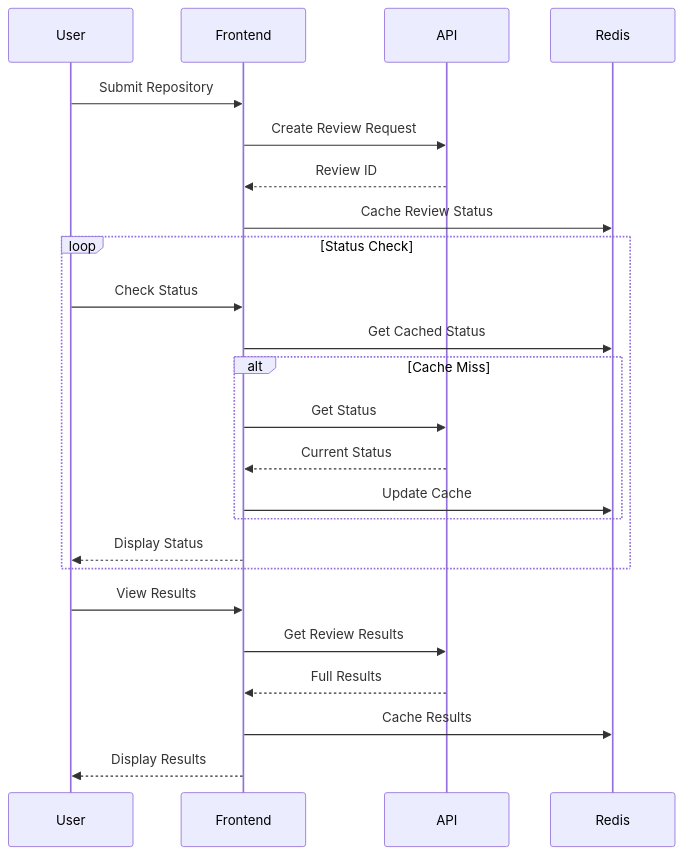
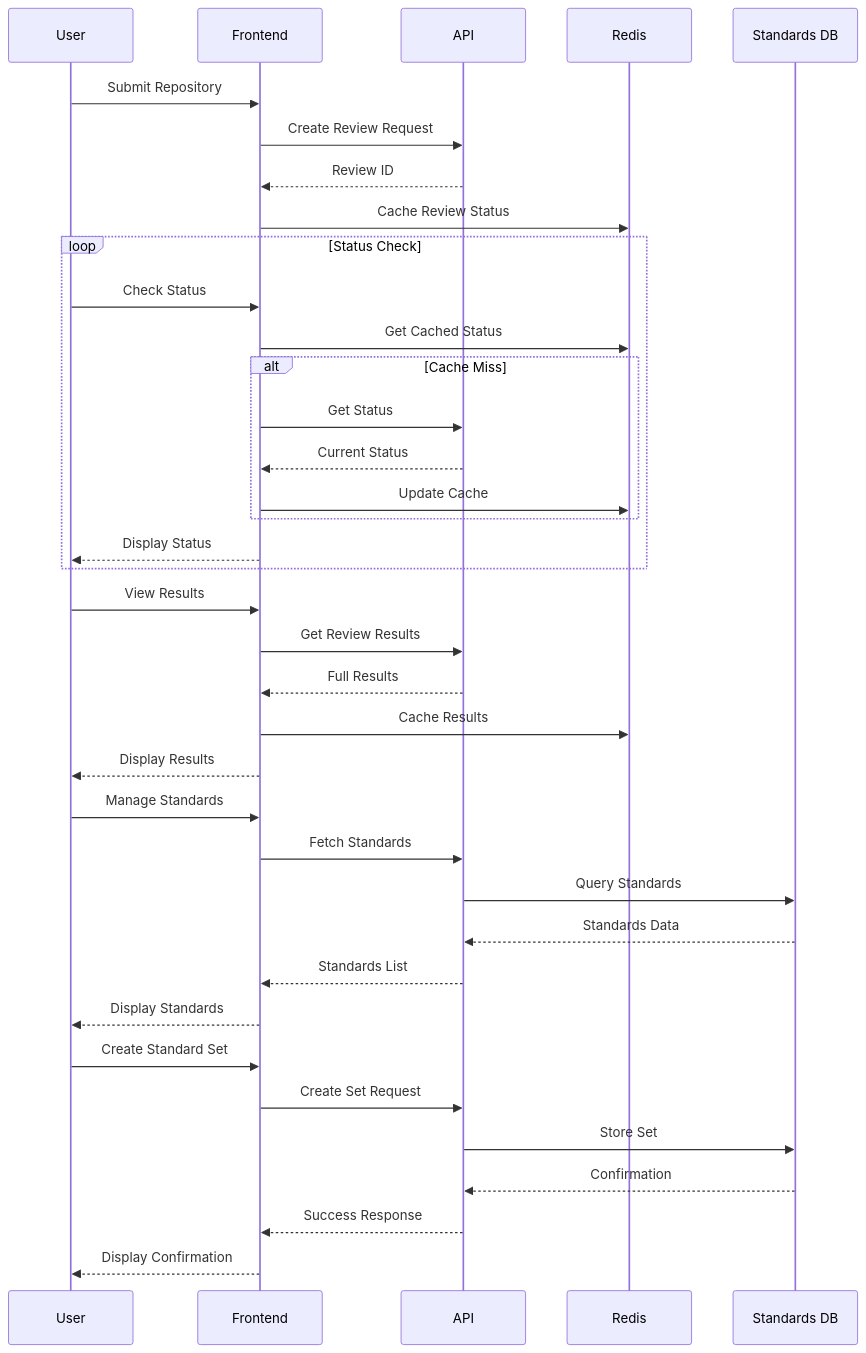
The second of 5 diagrams in ARCHITECTURE.md (DEFRA/defra-ai-codereview-frontend), drawn with Mermaid before and after one commit. The commit also changed other lines of this file and 12 other files, not shown here.

````diff
--- a/ARCHITECTURE.md
+++ b/ARCHITECTURE.md
@@ -29,29 +31,46 @@
 ```mermaid
 sequenceDiagram
     participant U as User
     participant F as Frontend
     participant A as API
     participant R as Redis
+    participant S as Standards DB
 
+    %% Code Review Flow
     U->>F: Submit Repository
     F->>A: Create Review Request
     A-->>F: Review ID
     F->>R: Cache Review Status
 
     loop Status Check
         U->>F: Check Status
         F->>R: Get Cached Status
         alt Cache Miss
             F->>A: Get Status
             A-->>F: Current Status
             F->>R: Update Cache
         end
         F-->>U: Display Status
     end
 
     U->>F: View Results
     F->>A: Get Review Results
     A-->>F: Full Results
     F->>R: Cache Results
     F-->>U: Display Results
+
+    %% Standards Management Flow
+    U->>F: Manage Standards
+    F->>A: Fetch Standards
+    A->>S: Query Standards
+    S-->>A: Standards Data
+    A-->>F: Standards List
+    F-->>U: Display Standards
+
+    U->>F: Create Standard Set
+    F->>A: Create Set Request
+    A->>S: Store Set
+    S-->>A: Confirmation
+    A-->>F: Success Response
+    F-->>U: Display Confirmation
 ```
````
